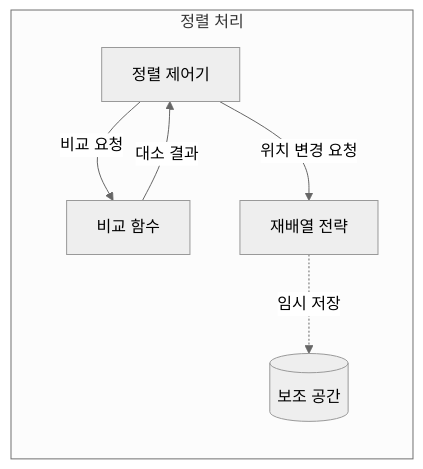
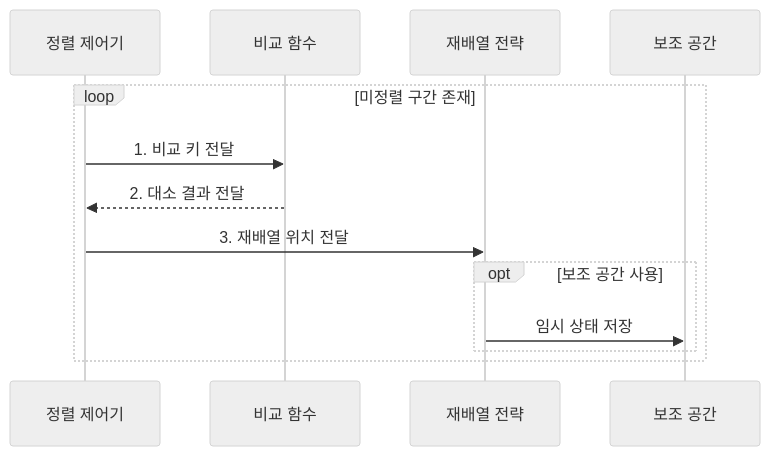
Before and after one commit to agnusdei1207/knowledge-base: the third of 4 diagrams in src/content/docs/notes/01-basic-theory/003_sorting_algorithms.md, drawn with Mermaid (neutral theme). The commit also changed other lines of this file and 20 other files, not shown here.

````diff
--- a/src/content/docs/notes/01-basic-theory/003_sorting_algorithms.md
+++ b/src/content/docs/notes/01-basic-theory/003_sorting_algorithms.md
@@ -82,14 +105,15 @@
 ```mermaid
-flowchart TB
-    subgraph SORT[정렬 처리]
-        direction TB
-        C[정렬 제어기]
-        F[비교 함수]
-        R[재배열 전략]
-        S[(보조 공간)]
-        C -->|비교 요청| F
-        F -->|대소 결과| C
-        C -->|위치 변경 요청| R
-        R -.->|임시 저장| S
+sequenceDiagram
+    participant C as 정렬 제어기
+    participant F as 비교 함수
+    participant R as 재배열 전략
+    participant S as 보조 공간
+    loop 미정렬 구간 존재
+        C->>F: 1. 비교 키 전달
+        F-->>C: 2. 대소 결과 전달
+        C->>R: 3. 재배열 위치 전달
+        opt 보조 공간 사용
+            R->>S: 임시 상태 저장
+        end
     end
 ```
````
